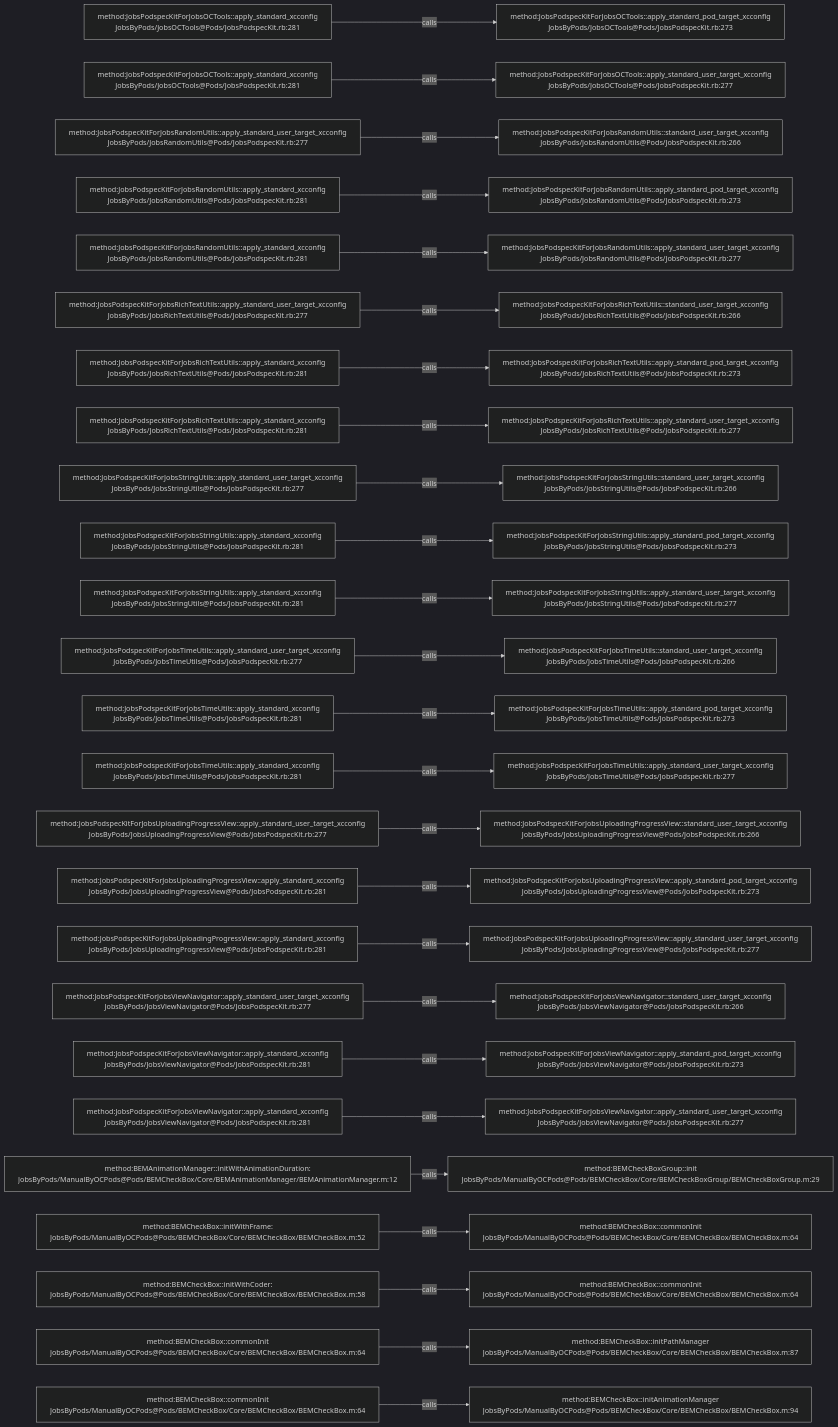
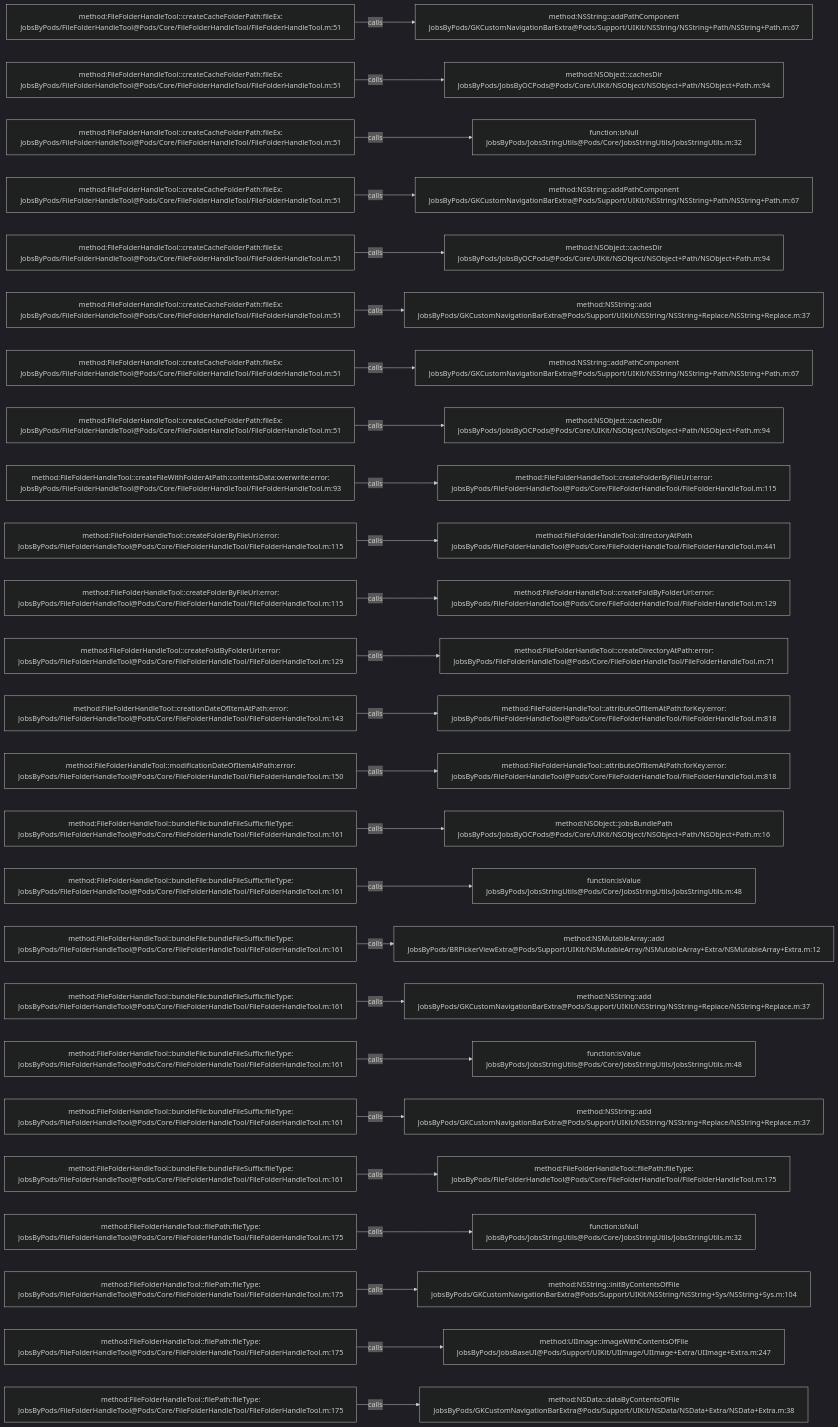
The diagram in .codegraph/codegraph.md/graphs/calls-005.md (JobsKits/JobsOCBaseConfigDemo), drawn with Mermaid (dark theme) before and after one commit. The commit also changed 768 other files, not shown here.

````diff
--- a/.codegraph/codegraph.md/graphs/calls-005.md
+++ b/.codegraph/codegraph.md/graphs/calls-005.md
@@ -13,78 +13,78 @@
 ```mermaid
 flowchart LR
-  S1["method:JobsPodspecKitForJobsOCTools::apply_standard_xcconfig<br/>JobsByPods/JobsOCTools@Pods/JobsPodspecKit.rb:281"]
-  T1["method:JobsPodspecKitForJobsOCTools::apply_standard_pod_target_xcconfig<br/>JobsByPods/JobsOCTools@Pods/JobsPodspecKit.rb:273"]
+  S1["method:FileFolderHandleTool::createCacheFolderPath:fileEx:<br/>JobsByPods/FileFolderHandleTool@Pods/Core/FileFolderHandleTool/FileFolderHandleTool.m:51"]
+  T1["method:NSString::addPathComponent<br/>JobsByPods/GKCustomNavigationBarExtra@Pods/Support/UIKit/NSString/NSString+Path/NSString+Path.m:67"]
   S1 -->|calls| T1
-  S2["method:JobsPodspecKitForJobsOCTools::apply_standard_xcconfig<br/>JobsByPods/JobsOCTools@Pods/JobsPodspecKit.rb:281"]
-  T2["method:JobsPodspecKitForJobsOCTools::apply_standard_user_target_xcconfig<br/>JobsByPods/JobsOCTools@Pods/JobsPodspecKit.rb:277"]
+  S2["method:FileFolderHandleTool::createCacheFolderPath:fileEx:<br/>JobsByPods/FileFolderHandleTool@Pods/Core/FileFolderHandleTool/FileFolderHandleTool.m:51"]
+  T2["method:NSObject::cachesDir<br/>JobsByPods/JobsByOCPods@Pods/Core/UIKit/NSObject/NSObject+Path/NSObject+Path.m:94"]
   S2 -->|calls| T2
-  S3["method:JobsPodspecKitForJobsRandomUtils::apply_standard_user_target_xcconfig<br/>JobsByPods/JobsRandomUtils@Pods/JobsPodspecKit.rb:277"]
-  T3["method:JobsPodspecKitForJobsRandomUtils::standard_user_target_xcconfig<br/>JobsByPods/JobsRandomUtils@Pods/JobsPodspecKit.rb:266"]
+  S3["method:FileFolderHandleTool::createCacheFolderPath:fileEx:<br/>JobsByPods/FileFolderHandleTool@Pods/Core/FileFolderHandleTool/FileFolderHandleTool.m:51"]
+  T3["function:isNull<br/>JobsByPods/JobsStringUtils@Pods/Core/JobsStringUtils/JobsStringUtils.m:32"]
   S3 -->|calls| T3
-  S4["method:JobsPodspecKitForJobsRandomUtils::apply_standard_xcconfig<br/>JobsByPods/JobsRandomUtils@Pods/JobsPodspecKit.rb:281"]
-  T4["method:JobsPodspecKitForJobsRandomUtils::apply_standard_pod_target_xcconfig<br/>JobsByPods/JobsRandomUtils@Pods/JobsPodspecKit.rb:273"]
+  S4["method:FileFolderHandleTool::createCacheFolderPath:fileEx:<br/>JobsByPods/FileFolderHandleTool@Pods/Core/FileFolderHandleTool/FileFolderHandleTool.m:51"]
+  T4["method:NSString::addPathComponent<br/>JobsByPods/GKCustomNavigationBarExtra@Pods/Support/UIKit/NSString/NSString+Path/NSString+Path.m:67"]
   S4 -->|calls| T4
-  S5["method:JobsPodspecKitForJobsRandomUtils::apply_standard_xcconfig<br/>JobsByPods/JobsRandomUtils@Pods/JobsPodspecKit.rb:281"]
-  T5["method:JobsPodspecKitForJobsRandomUtils::apply_standard_user_target_xcconfig<br/>JobsByPods/JobsRandomUtils@Pods/JobsPodspecKit.rb:277"]
+  S5["method:FileFolderHandleTool::createCacheFolderPath:fileEx:<br/>JobsByPods/FileFolderHandleTool@Pods/Core/FileFolderHandleTool/FileFolderHandleTool.m:51"]
+  T5["method:NSObject::cachesDir<br/>JobsByPods/JobsByOCPods@Pods/Core/UIKit/NSObject/NSObject+Path/NSObject+Path.m:94"]
   S5 -->|calls| T5
-  S6["method:JobsPodspecKitForJobsRichTextUtils::apply_standard_user_target_xcconfig<br/>JobsByPods/JobsRichTextUtils@Pods/JobsPodspecKit.rb:277"]
-  T6["method:JobsPodspecKitForJobsRichTextUtils::standard_user_target_xcconfig<br/>JobsByPods/JobsRichTextUtils@Pods/JobsPodspecKit.rb:266"]
+  S6["method:FileFolderHandleTool::createCacheFolderPath:fileEx:<br/>JobsByPods/FileFolderHandleTool@Pods/Core/FileFolderHandleTool/FileFolderHandleTool.m:51"]
+  T6["method:NSString::add<br/>JobsByPods/GKCustomNavigationBarExtra@Pods/Support/UIKit/NSString/NSString+Replace/NSString+Replace.m:37"]
   S6 -->|calls| T6
-  S7["method:JobsPodspecKitForJobsRichTextUtils::apply_standard_xcconfig<br/>JobsByPods/JobsRichTextUtils@Pods/JobsPodspecKit.rb:281"]
-  T7["method:JobsPodspecKitForJobsRichTextUtils::apply_standard_pod_target_xcconfig<br/>JobsByPods/JobsRichTextUtils@Pods/JobsPodspecKit.rb:273"]
+  S7["method:FileFolderHandleTool::createCacheFolderPath:fileEx:<br/>JobsByPods/FileFolderHandleTool@Pods/Core/FileFolderHandleTool/FileFolderHandleTool.m:51"]
+  T7["method:NSString::addPathComponent<br/>JobsByPods/GKCustomNavigationBarExtra@Pods/Support/UIKit/NSString/NSString+Path/NSString+Path.m:67"]
   S7 -->|calls| T7
-  S8["method:JobsPodspecKitForJobsRichTextUtils::apply_standard_xcconfig<br/>JobsByPods/JobsRichTextUtils@Pods/JobsPodspecKit.rb:281"]
-  T8["method:JobsPodspecKitForJobsRichTextUtils::apply_standard_user_target_xcconfig<br/>JobsByPods/JobsRichTextUtils@Pods/JobsPodspecKit.rb:277"]
+  S8["method:FileFolderHandleTool::createCacheFolderPath:fileEx:<br/>JobsByPods/FileFolderHandleTool@Pods/Core/FileFolderHandleTool/FileFolderHandleTool.m:51"]
+  T8["method:NSObject::cachesDir<br/>JobsByPods/JobsByOCPods@Pods/Core/UIKit/NSObject/NSObject+Path/NSObject+Path.m:94"]
   S8 -->|calls| T8
-  S9["method:JobsPodspecKitForJobsStringUtils::apply_standard_user_target_xcconfig<br/>JobsByPods/JobsStringUtils@Pods/JobsPodspecKit.rb:277"]
-  T9["method:JobsPodspecKitForJobsStringUtils::standard_user_target_xcconfig<br/>JobsByPods/JobsStringUtils@Pods/JobsPodspecKit.rb:266"]
+  S9["method:FileFolderHandleTool::createFileWithFolderAtPath:contentsData:overwrite:error:<br/>JobsByPods/FileFolderHandleTool@Pods/Core/FileFolderHandleTool/FileFolderHandleTool.m:93"]
+  T9["method:FileFolderHandleTool::createFolderByFileUrl:error:<br/>JobsByPods/FileFolderHandleTool@Pods/Core/FileFolderHandleTool/FileFolderHandleTool.m:115"]
   S9 -->|calls| T9
-  S10["method:JobsPodspecKitForJobsStringUtils::apply_standard_xcconfig<br/>JobsByPods/JobsStringUtils@Pods/JobsPodspecKit.rb:281"]
-  T10["method:JobsPodspecKitForJobsStringUtils::apply_standard_pod_target_xcconfig<br/>JobsByPods/JobsStringUtils@Pods/JobsPodspecKit.rb:273"]
+  S10["method:FileFolderHandleTool::createFolderByFileUrl:error:<br/>JobsByPods/FileFolderHandleTool@Pods/Core/FileFolderHandleTool/FileFolderHandleTool.m:115"]
+  T10["method:FileFolderHandleTool::directoryAtPath<br/>JobsByPods/FileFolderHandleTool@Pods/Core/FileFolderHandleTool/FileFolderHandleTool.m:441"]
   S10 -->|calls| T10
-  S11["method:JobsPodspecKitForJobsStringUtils::apply_standard_xcconfig<br/>JobsByPods/JobsStringUtils@Pods/JobsPodspecKit.rb:281"]
-  T11["method:JobsPodspecKitForJobsStringUtils::apply_standard_user_target_xcconfig<br/>JobsByPods/JobsStringUtils@Pods/JobsPodspecKit.rb:277"]
+  S11["method:FileFolderHandleTool::createFolderByFileUrl:error:<br/>JobsByPods/FileFolderHandleTool@Pods/Core/FileFolderHandleTool/FileFolderHandleTool.m:115"]
+  T11["method:FileFolderHandleTool::createFoldByFolderUrl:error:<br/>JobsByPods/FileFolderHandleTool@Pods/Core/FileFolderHandleTool/FileFolderHandleTool.m:129"]
   S11 -->|calls| T11
-  S12["method:JobsPodspecKitForJobsTimeUtils::apply_standard_user_target_xcconfig<br/>JobsByPods/JobsTimeUtils@Pods/JobsPodspecKit.rb:277"]
-  T12["method:JobsPodspecKitForJobsTimeUtils::standard_user_target_xcconfig<br/>JobsByPods/JobsTimeUtils@Pods/JobsPodspecKit.rb:266"]
+  S12["method:FileFolderHandleTool::createFoldByFolderUrl:error:<br/>JobsByPods/FileFolderHandleTool@Pods/Core/FileFolderHandleTool/FileFolderHandleTool.m:129"]
+  T12["method:FileFolderHandleTool::createDirectoryAtPath:error:<br/>JobsByPods/FileFolderHandleTool@Pods/Core/FileFolderHandleTool/FileFolderHandleTool.m:71"]
   S12 -->|calls| T12
-  S13["method:JobsPodspecKitForJobsTimeUtils::apply_standard_xcconfig<br/>JobsByPods/JobsTimeUtils@Pods/JobsPodspecKit.rb:281"]
-  T13["method:JobsPodspecKitForJobsTimeUtils::apply_standard_pod_target_xcconfig<br/>JobsByPods/JobsTimeUtils@Pods/JobsPodspecKit.rb:273"]
+  S13["method:FileFolderHandleTool::creationDateOfItemAtPath:error:<br/>JobsByPods/FileFolderHandleTool@Pods/Core/FileFolderHandleTool/FileFolderHandleTool.m:143"]
+  T13["method:FileFolderHandleTool::attributeOfItemAtPath:forKey:error:<br/>JobsByPods/FileFolderHandleTool@Pods/Core/FileFolderHandleTool/FileFolderHandleTool.m:818"]
   S13 -->|calls| T13
-  S14["method:JobsPodspecKitForJobsTimeUtils::apply_standard_xcconfig<br/>JobsByPods/JobsTimeUtils@Pods/JobsPodspecKit.rb:281"]
-  T14["method:JobsPodspecKitForJobsTimeUtils::apply_standard_user_target_xcconfig<br/>JobsByPods/JobsTimeUtils@Pods/JobsPodspecKit.rb:277"]
+  S14["method:FileFolderHandleTool::modificationDateOfItemAtPath:error:<br/>JobsByPods/FileFolderHandleTool@Pods/Core/FileFolderHandleTool/FileFolderHandleTool.m:150"]
+  T14["method:FileFolderHandleTool::attributeOfItemAtPath:forKey:error:<br/>JobsByPods/FileFolderHandleTool@Pods/Core/FileFolderHandleTool/FileFolderHandleTool.m:818"]
   S14 -->|calls| T14
-  S15["method:JobsPodspecKitForJobsUploadingProgressView::apply_standard_user_target_xcconfig<br/>JobsByPods/JobsUploadingProgressView@Pods/JobsPodspecKit.rb:277"]
-  T15["method:JobsPodspecKitForJobsUploadingProgressView::standard_user_target_xcconfig<br/>JobsByPods/JobsUploadingProgressView@Pods/JobsPodspecKit.rb:266"]
+  S15["method:FileFolderHandleTool::bundleFile:bundleFileSuffix:fileType:<br/>JobsByPods/FileFolderHandleTool@Pods/Core/FileFolderHandleTool/FileFolderHandleTool.m:161"]
+  T15["method:NSObject::jobsBundlePath<br/>JobsByPods/JobsByOCPods@Pods/Core/UIKit/NSObject/NSObject+Path/NSObject+Path.m:16"]
   S15 -->|calls| T15
-  S16["method:JobsPodspecKitForJobsUploadingProgressView::apply_standard_xcconfig<br/>JobsByPods/JobsUploadingProgressView@Pods/JobsPodspecKit.rb:281"]
-  T16["method:JobsPodspecKitForJobsUploadingProgressView::apply_standard_pod_target_xcconfig<br/>JobsByPods/JobsUploadingProgressView@Pods/JobsPodspecKit.rb:273"]
+  S16["method:FileFolderHandleTool::bundleFile:bundleFileSuffix:fileType:<br/>JobsByPods/FileFolderHandleTool@Pods/Core/FileFolderHandleTool/FileFolderHandleTool.m:161"]
+  T16["function:isValue<br/>JobsByPods/JobsStringUtils@Pods/Core/JobsStringUtils/JobsStringUtils.m:48"]
   S16 -->|calls| T16
-  S17["method:JobsPodspecKitForJobsUploadingProgressView::apply_standard_xcconfig<br/>JobsByPods/JobsUploadingProgressView@Pods/JobsPodspecKit.rb:281"]
-  T17["method:JobsPodspecKitForJobsUploadingProgressView::apply_standard_user_target_xcconfig<br/>JobsByPods/JobsUploadingProgressView@Pods/JobsPodspecKit.rb:277"]
+  S17["method:FileFolderHandleTool::bundleFile:bundleFileSuffix:fileType:<br/>JobsByPods/FileFolderHandleTool@Pods/Core/FileFolderHandleTool/FileFolderHandleTool.m:161"]
+  T17["method:NSMutableArray::add<br/>JobsByPods/BRPickerViewExtra@Pods/Support/UIKit/NSMutableArray/NSMutableArray+Extra/NSMutableArray+Extra.m:12"]
   S17 -->|calls| T17
-  S18["method:JobsPodspecKitForJobsViewNavigator::apply_standard_user_target_xcconfig<br/>JobsByPods/JobsViewNavigator@Pods/JobsPodspecKit.rb:277"]
-  T18["method:JobsPodspecKitForJobsViewNavigator::standard_user_target_xcconfig<br/>JobsByPods/JobsViewNavigator@Pods/JobsPodspecKit.rb:266"]
+  S18["method:FileFolderHandleTool::bundleFile:bundleFileSuffix:fileType:<br/>JobsByPods/FileFolderHandleTool@Pods/Core/FileFolderHandleTool/FileFolderHandleTool.m:161"]
+  T18["method:NSString::add<br/>JobsByPods/GKCustomNavigationBarExtra@Pods/Support/UIKit/NSString/NSString+Replace/NSString+Replace.m:37"]
   S18 -->|calls| T18
-  S19["method:JobsPodspecKitForJobsViewNavigator::apply_standard_xcconfig<br/>JobsByPods/JobsViewNavigator@Pods/JobsPodspecKit.rb:281"]
-  T19["method:JobsPodspecKitForJobsViewNavigator::apply_standard_pod_target_xcconfig<br/>JobsByPods/JobsViewNavigator@Pods/JobsPodspecKit.rb:273"]
+  S19["method:FileFolderHandleTool::bundleFile:bundleFileSuffix:fileType:<br/>JobsByPods/FileFolderHandleTool@Pods/Core/FileFolderHandleTool/FileFolderHandleTool.m:161"]
+  T19["function:isValue<br/>JobsByPods/JobsStringUtils@Pods/Core/JobsStringUtils/JobsStringUtils.m:48"]
   S19 -->|calls| T19
-  S20["method:JobsPodspecKitForJobsViewNavigator::apply_standard_xcconfig<br/>JobsByPods/JobsViewNavigator@Pods/JobsPodspecKit.rb:281"]
-  T20["method:JobsPodspecKitForJobsViewNavigator::apply_standard_user_target_xcconfig<br/>JobsByPods/JobsViewNavigator@Pods/JobsPodspecKit.rb:277"]
+  S20["method:FileFolderHandleTool::bundleFile:bundleFileSuffix:fileType:<br/>JobsByPods/FileFolderHandleTool@Pods/Core/FileFolderHandleTool/FileFolderHandleTool.m:161"]
+  T20["method:NSString::add<br/>JobsByPods/GKCustomNavigationBarExtra@Pods/Support/UIKit/NSString/NSString+Replace/NSString+Replace.m:37"]
   S20 -->|calls| T20
-  S21["method:BEMAnimationManager::initWithAnimationDuration:<br/>JobsByPods/ManualByOCPods@Pods/BEMCheckBox/Core/BEMAnimationManager/BEMAnimationManager.m:12"]
-  T21["method:BEMCheckBoxGroup::init<br/>JobsByPods/ManualByOCPods@Pods/BEMCheckBox/Core/BEMCheckBoxGroup/BEMCheckBoxGroup.m:29"]
+  S21["method:FileFolderHandleTool::bundleFile:bundleFileSuffix:fileType:<br/>JobsByPods/FileFolderHandleTool@Pods/Core/FileFolderHandleTool/FileFolderHandleTool.m:161"]
+  T21["method:FileFolderHandleTool::filePath:fileType:<br/>JobsByPods/FileFolderHandleTool@Pods/Core/FileFolderHandleTool/FileFolderHandleTool.m:175"]
   S21 -->|calls| T21
-  S22["method:BEMCheckBox::initWithFrame:<br/>JobsByPods/ManualByOCPods@Pods/BEMCheckBox/Core/BEMCheckBox/BEMCheckBox.m:52"]
-  T22["method:BEMCheckBox::commonInit<br/>JobsByPods/ManualByOCPods@Pods/BEMCheckBox/Core/BEMCheckBox/BEMCheckBox.m:64"]
+  S22["method:FileFolderHandleTool::filePath:fileType:<br/>JobsByPods/FileFolderHandleTool@Pods/Core/FileFolderHandleTool/FileFolderHandleTool.m:175"]
+  T22["function:isNull<br/>JobsByPods/JobsStringUtils@Pods/Core/JobsStringUtils/JobsStringUtils.m:32"]
   S22 -->|calls| T22
-  S23["method:BEMCheckBox::initWithCoder:<br/>JobsByPods/ManualByOCPods@Pods/BEMCheckBox/Core/BEMCheckBox/BEMCheckBox.m:58"]
-  T23["method:BEMCheckBox::commonInit<br/>JobsByPods/ManualByOCPods@Pods/BEMCheckBox/Core/BEMCheckBox/BEMCheckBox.m:64"]
+  S23["method:FileFolderHandleTool::filePath:fileType:<br/>JobsByPods/FileFolderHandleTool@Pods/Core/FileFolderHandleTool/FileFolderHandleTool.m:175"]
+  T23["method:NSString::initByContentsOfFile<br/>JobsByPods/GKCustomNavigationBarExtra@Pods/Support/UIKit/NSString/NSString+Sys/NSString+Sys.m:104"]
   S23 -->|calls| T23
-  S24["method:BEMCheckBox::commonInit<br/>JobsByPods/ManualByOCPods@Pods/BEMCheckBox/Core/BEMCheckBox/BEMCheckBox.m:64"]
-  T24["method:BEMCheckBox::initPathManager<br/>JobsByPods/ManualByOCPods@Pods/BEMCheckBox/Core/BEMCheckBox/BEMCheckBox.m:87"]
+  S24["method:FileFolderHandleTool::filePath:fileType:<br/>JobsByPods/FileFolderHandleTool@Pods/Core/FileFolderHandleTool/FileFolderHandleTool.m:175"]
+  T24["method:UIImage::imageWithContentsOfFile<br/>JobsByPods/JobsBaseUI@Pods/Support/UIKit/UIImage/UIImage+Extra/UIImage+Extra.m:247"]
   S24 -->|calls| T24
-  S25["method:BEMCheckBox::commonInit<br/>JobsByPods/ManualByOCPods@Pods/BEMCheckBox/Core/BEMCheckBox/BEMCheckBox.m:64"]
-  T25["method:BEMCheckBox::initAnimationManager<br/>JobsByPods/ManualByOCPods@Pods/BEMCheckBox/Core/BEMCheckBox/BEMCheckBox.m:94"]
+  S25["method:FileFolderHandleTool::filePath:fileType:<br/>JobsByPods/FileFolderHandleTool@Pods/Core/FileFolderHandleTool/FileFolderHandleTool.m:175"]
+  T25["method:NSData::dataByContentsOfFile<br/>JobsByPods/GKCustomNavigationBarExtra@Pods/Support/UIKit/NSData/NSData+Extra/NSData+Extra.m:38"]
   S25 -->|calls| T25
 ```
````
